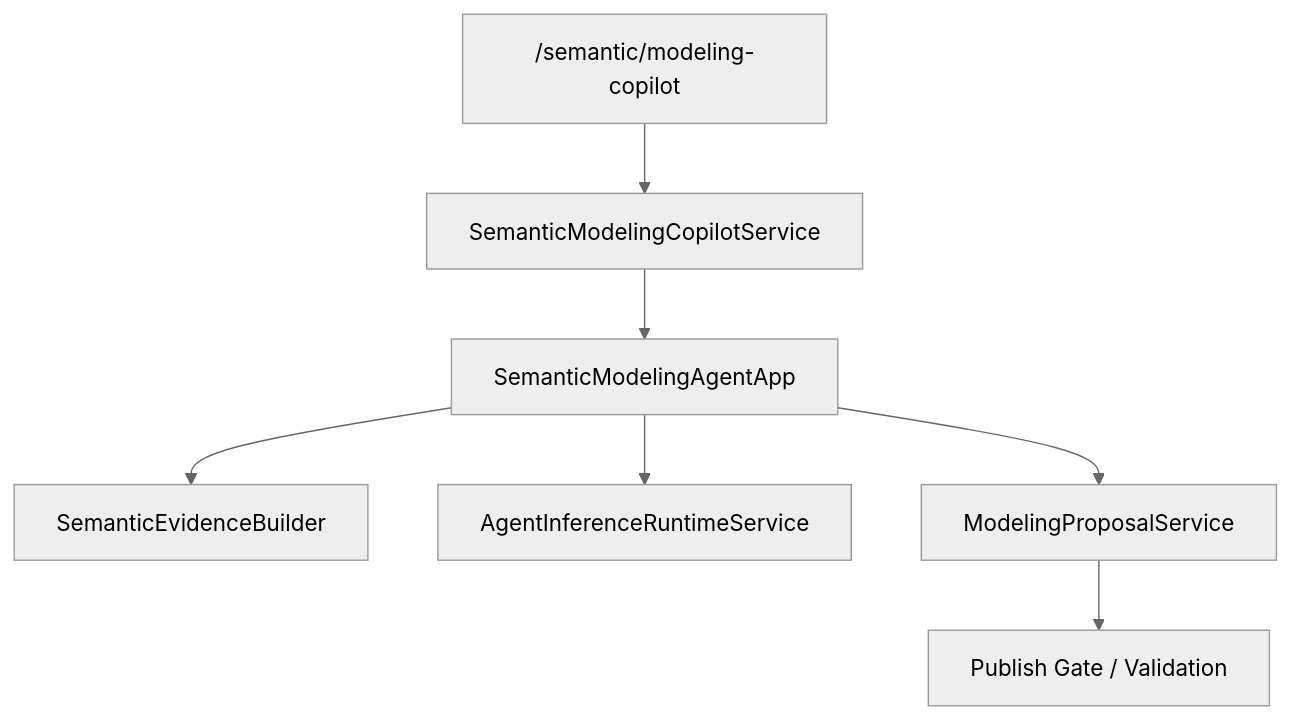
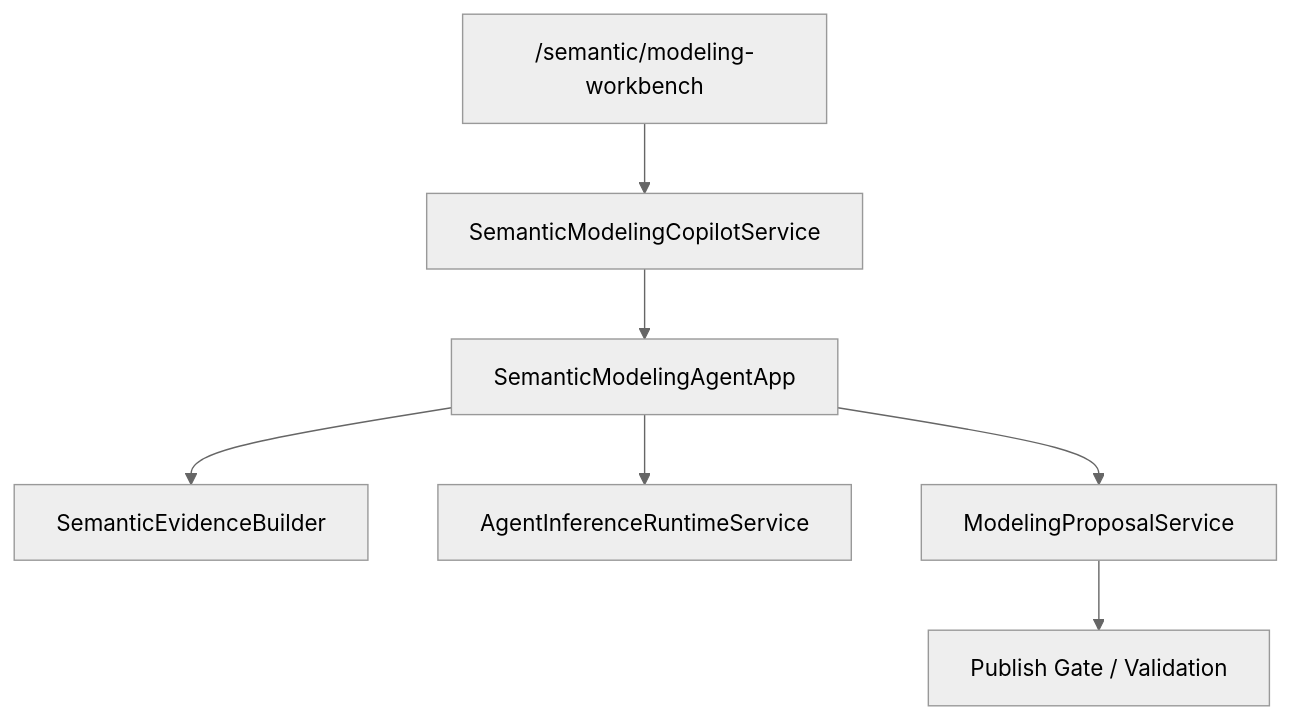
Before and after one commit to xza-m/cubic3-data-platform: the third of 3 diagrams in docs/architecture/agent-runtime-platform.md, drawn with Mermaid (neutral theme). The commit also changed 40 other files, not shown here.

First line of the commit message:
docs: align architecture and release guidance

````diff
--- a/docs/architecture/agent-runtime-platform.md
+++ b/docs/architecture/agent-runtime-platform.md
@@ -897,9 +897,9 @@
 ```mermaid
 flowchart TD
-  UI["/semantic/modeling-copilot"] --> Service["SemanticModelingCopilotService"]
+  UI["/semantic/modeling-workbench"] --> Service["SemanticModelingCopilotService"]
   Service --> App["SemanticModelingAgentApp"]
   App --> Evidence["SemanticEvidenceBuilder"]
   App --> Runtime["AgentInferenceRuntimeService"]
   App --> Proposal["ModelingProposalService"]
   Proposal --> Gate["Publish Gate / Validation"]
 ```
````
